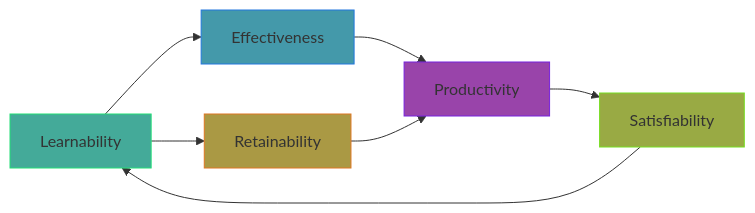
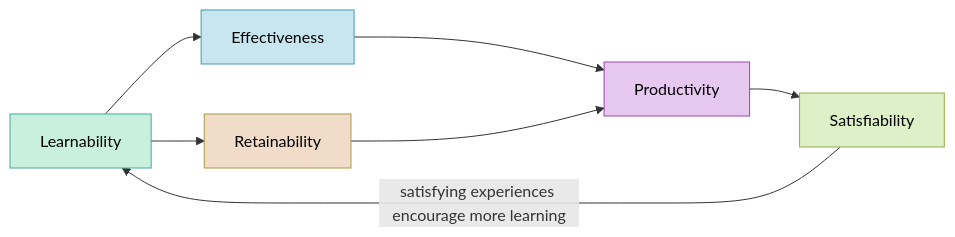
Before and after one commit to neu-pdi/cs3100-public-resources: the third of 3 diagrams in lecture-slides/l24-usability.mdx, drawn with Mermaid. The commit also changed other lines of this file and 2 other files, not shown here.

````diff
--- a/lecture-slides/l24-usability.mdx
+++ b/lecture-slides/l24-usability.mdx
@@ -181,15 +328,15 @@
 ```mermaid
 graph LR
     L[Learnability] --> E[Effectiveness]
     E --> P[Productivity]
     L --> R[Retainability]
     R --> P
     P --> S[Satisfiability]
-    S --> L
+    S -->|"satisfying experiences encourage more learning"| L
     
-    style L fill:#4a9,stroke:#2d7
-    style E fill:#49a,stroke:#27d
-    style P fill:#94a,stroke:#72d
-    style R fill:#a94,stroke:#d72
-    style S fill:#9a4,stroke:#7d2
+    style L fill:#c8f0dc,stroke:#4a9,color:#000
+    style E fill:#c8e6f0,stroke:#49a,color:#000
+    style P fill:#e6c8f0,stroke:#94a,color:#000
+    style R fill:#f0dcc8,stroke:#a94,color:#000
+    style S fill:#ddf0c8,stroke:#9a4,color:#000
 ```
````
